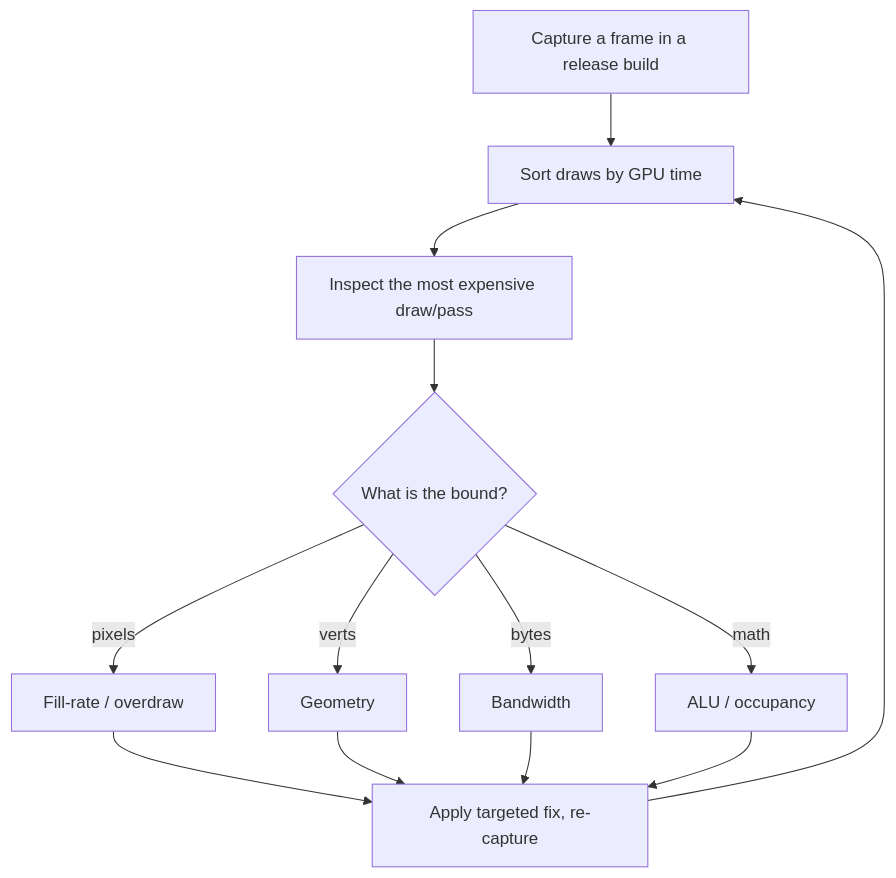
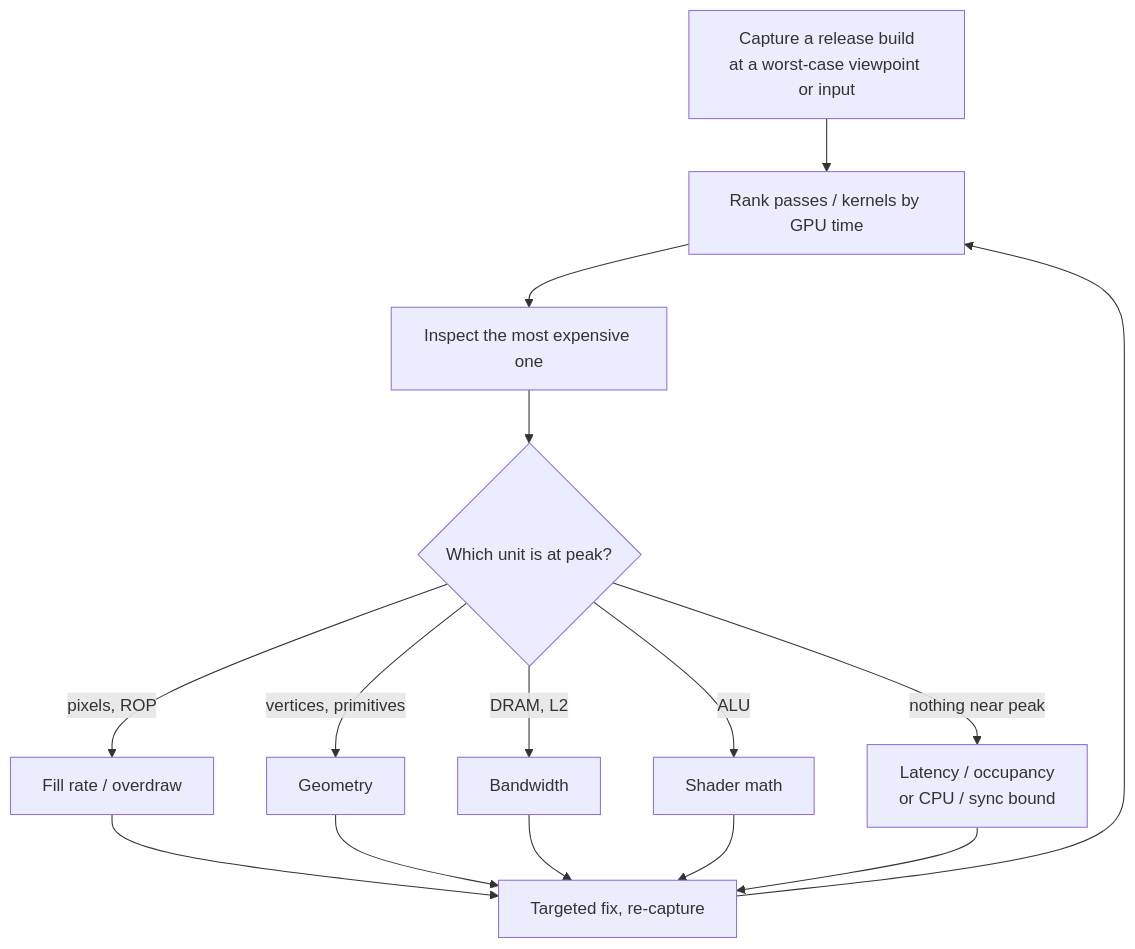
One commit to AndrewAltimit/Documentation changed the second of 5 diagrams in github-pages/docs/optimization/gpu-optimization.md. Above: the diagram before and after it, drawn with Mermaid. The commit also changed other lines of this file and 240 other files, not shown here.

````diff
--- a/github-pages/docs/optimization/gpu-optimization.md
+++ b/github-pages/docs/optimization/gpu-optimization.md
@@ -64,15 +77,17 @@
 ```mermaid
 flowchart TD
-    A["Capture a frame in a release build"] --> B["Sort draws by GPU time"]
-    B --> C["Inspect the most expensive draw/pass"]
-    C --> D{"What is the bound?"}
-    D -->|"pixels"| E["Fill-rate / overdraw"]
-    D -->|"verts"| F["Geometry"]
-    D -->|"bytes"| G["Bandwidth"]
-    D -->|"math"| H["ALU / occupancy"]
-    E --> I["Apply targeted fix, re-capture"]
-    F --> I
-    G --> I
-    H --> I
-    I --> B
+    A["Capture a release build<br/>at a worst-case viewpoint or input"] --> B["Rank passes / kernels by GPU time"]
+    B --> C["Inspect the most expensive one"]
+    C --> D{"Which unit is at peak?"}
+    D -->|"pixels, ROP"| E["Fill rate / overdraw"]
+    D -->|"vertices, primitives"| F["Geometry"]
+    D -->|"DRAM, L2"| G["Bandwidth"]
+    D -->|"ALU"| H["Shader math"]
+    D -->|"nothing near peak"| I["Latency / occupancy<br/>or CPU / sync bound"]
+    E --> J["Targeted fix, re-capture"]
+    F --> J
+    G --> J
+    H --> J
+    I --> J
+    J --> B
 ```
````
